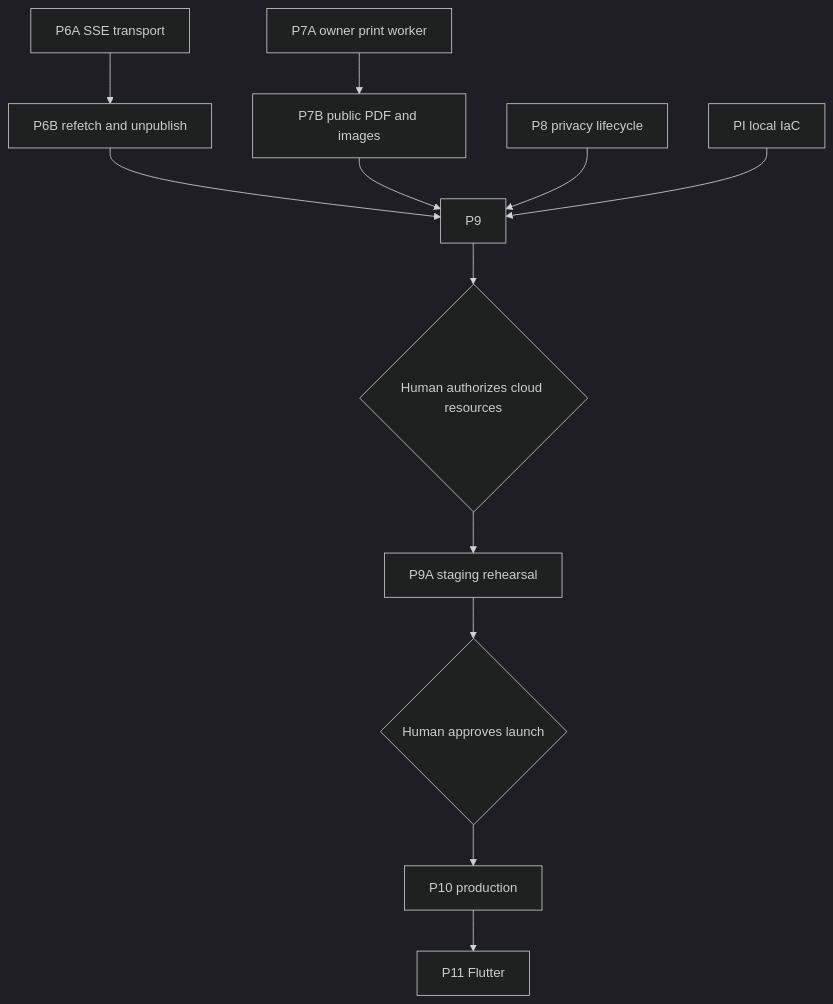
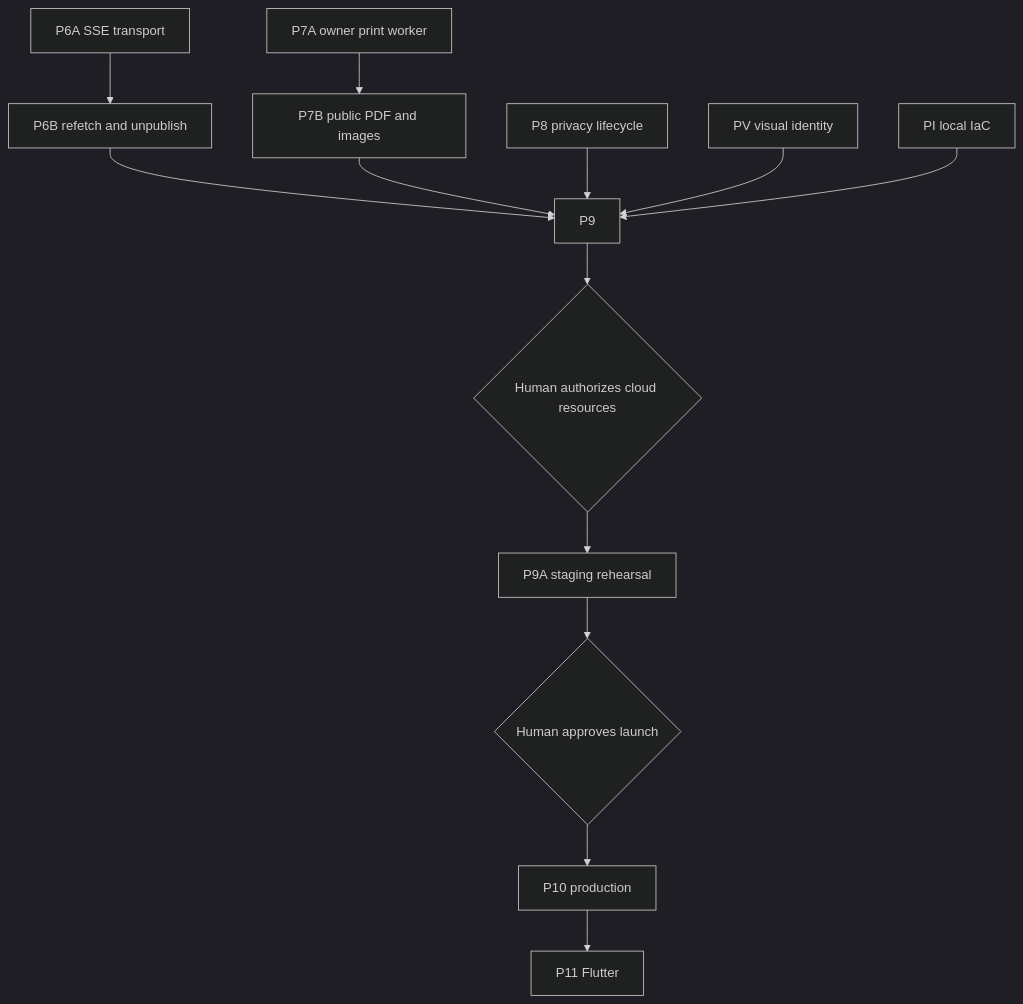
Before and after one commit to dannyota/aboutme: the diagram in docs/plans/implementation-plan.md, drawn with Mermaid (dark theme). The commit also changed other lines of this file and 25 other files, not shown here.

````diff
--- a/docs/plans/implementation-plan.md
+++ b/docs/plans/implementation-plan.md
@@ -72,14 +74,15 @@
 ```mermaid
 graph TD
     P6A[P6A SSE transport] --> P6B[P6B refetch and unpublish]
     P6B --> P9
     P7A[P7A owner print worker] --> P7B[P7B public PDF and images]
     P7B --> P9
     P8[P8 privacy lifecycle] --> P9
+    PV[PV visual identity] --> P9
     PI[PI local IaC] --> P9
     P9 --> AUTH{Human authorizes cloud resources}
     AUTH --> P9A[P9A staging rehearsal]
     P9A --> LAUNCH{Human approves launch}
     LAUNCH --> P10[P10 production]
     P10 --> P11[P11 Flutter]
 ```
````
